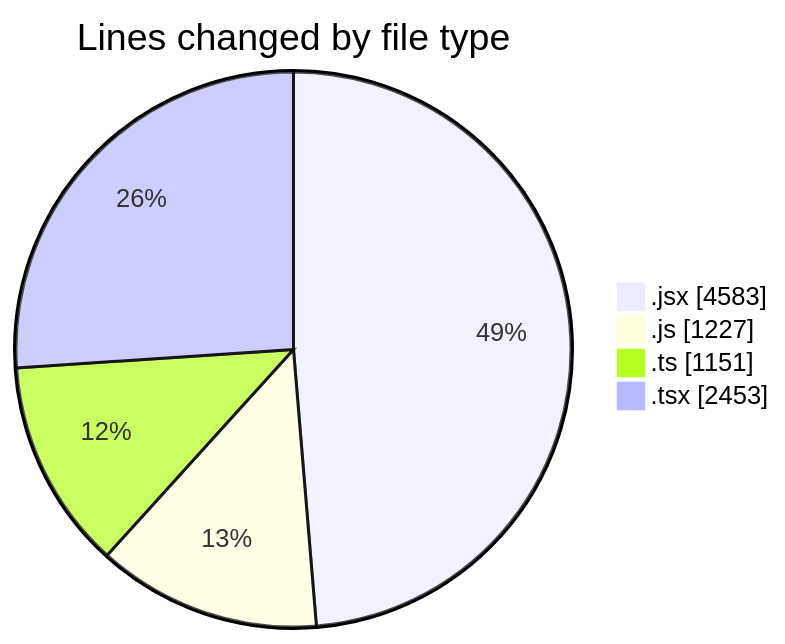
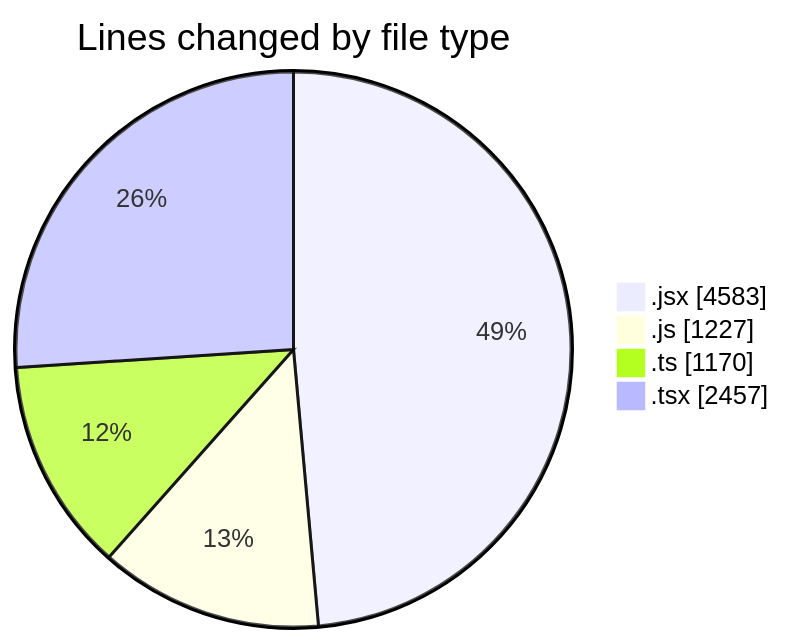
One commit to nxtqubesakshisongat/code-tracking changed the first of 2 diagrams in 2026-01-21/nxtqube_webapp/README.md. Above: the diagram before and after it, drawn with Mermaid. The commit also changed other lines of this file and 1 other file, not shown here.

````diff
--- a/2026-01-21/nxtqube_webapp/README.md
+++ b/2026-01-21/nxtqube_webapp/README.md
@@ -25,8 +25,8 @@
 ```mermaid
 pie showData
 title Lines changed by file type
 ".jsx" : 4583
 ".js" : 1227
-".ts" : 1151
-".tsx" : 2453
+".ts" : 1170
+".tsx" : 2457
 ```
````
